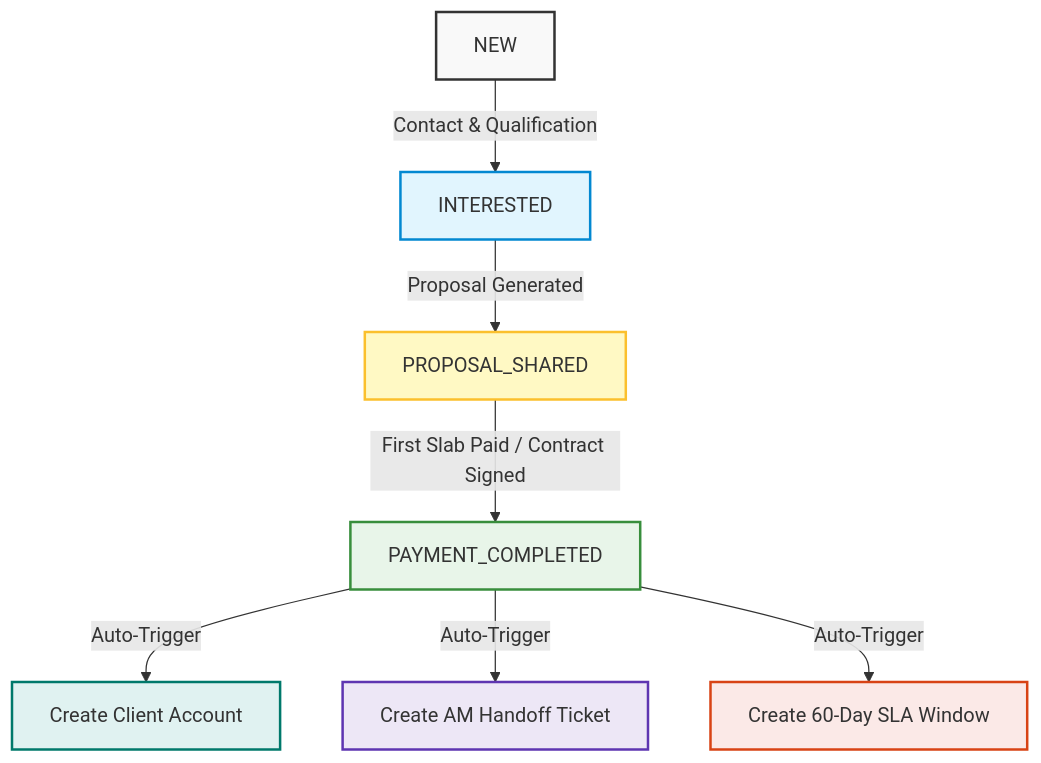
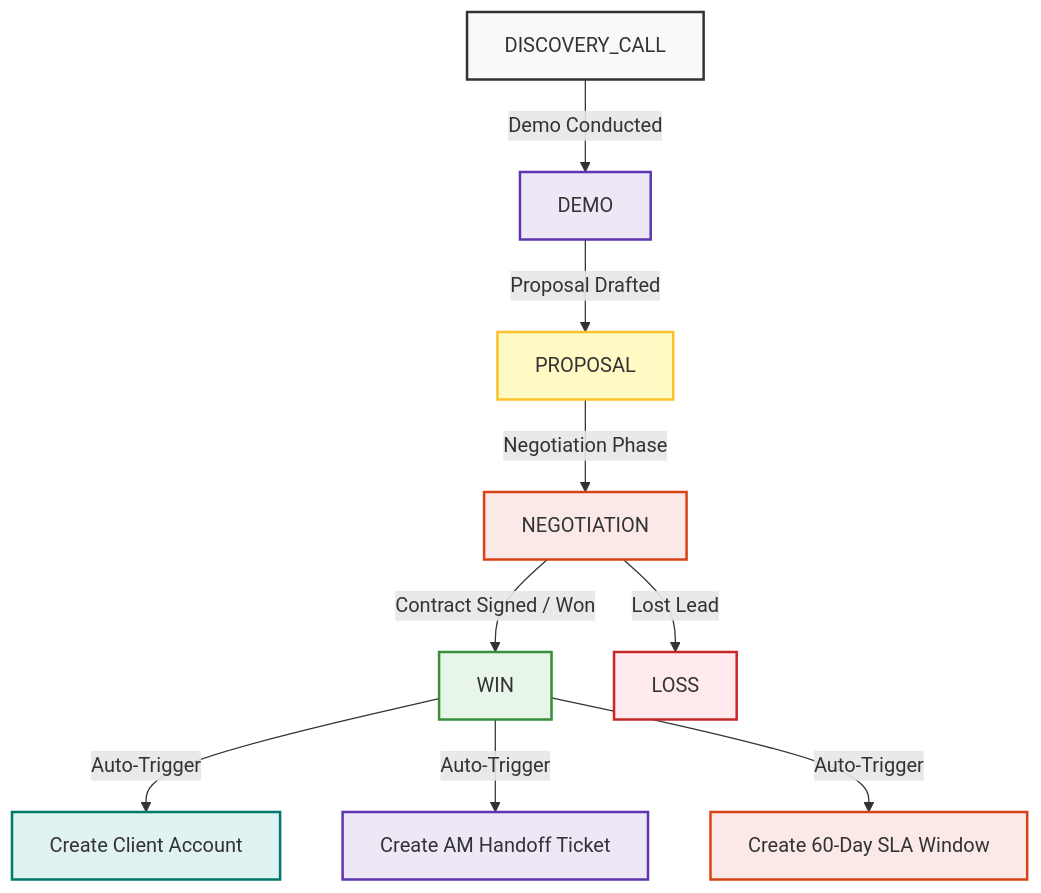
Before and after one commit to sid0803/thevertical-revops: the first of 5 diagrams in README.md, drawn with Mermaid. The commit also changed other lines of this file and 23 other files, not shown here.

````diff
--- a/README.md
+++ b/README.md
@@ -23,17 +23,22 @@
 ```mermaid
 graph TD
-    NEW[NEW] -->|Contact & Qualification| INT[INTERESTED]
-    INT -->|Proposal Generated| PROP[PROPOSAL_SHARED]
-    PROP -->|First Slab Paid / Contract Signed| PMT[PAYMENT_COMPLETED]
-    PMT -->|Auto-Trigger| CLIENT[Create Client Account]
-    PMT -->|Auto-Trigger| HANDOFF[Create AM Handoff Ticket]
-    PMT -->|Auto-Trigger| COMMIT[Create 60-Day SLA Window]
+    NEW[DISCOVERY_CALL] -->|Demo Conducted| DEMO[DEMO]
+    DEMO -->|Proposal Drafted| PROP[PROPOSAL]
+    PROP -->|Negotiation Phase| NEG[NEGOTIATION]
+    NEG -->|Contract Signed / Won| WIN[WIN]
+    NEG -->|Lost Lead| LOSS[LOSS]
+    
+    WIN -->|Auto-Trigger| CLIENT[Create Client Account]
+    WIN -->|Auto-Trigger| HANDOFF[Create AM Handoff Ticket]
+    WIN -->|Auto-Trigger| COMMIT[Create 60-Day SLA Window]
     
     style NEW fill:#f9f9f9,stroke:#333,stroke-width:2px
-    style INT fill:#e1f5fe,stroke:#0288d1,stroke-width:2px
+    style DEMO fill:#ede7f6,stroke:#5e35b1,stroke-width:2px
     style PROP fill:#fff9c4,stroke:#fbc02d,stroke-width:2px
-    style PMT fill:#e8f5e9,stroke:#388e3c,stroke-width:2px
+    style NEG fill:#fbe9e7,stroke:#d84315,stroke-width:2px
+    style WIN fill:#e8f5e9,stroke:#388e3c,stroke-width:2px
+    style LOSS fill:#ffebee,stroke:#c62828,stroke-width:2px
     style CLIENT fill:#e0f2f1,stroke:#00796b,stroke-width:2px
     style HANDOFF fill:#ede7f6,stroke:#5e35b1,stroke-width:2px
     style COMMIT fill:#fbe9e7,stroke:#d84315,stroke-width:2px
 ```
````
